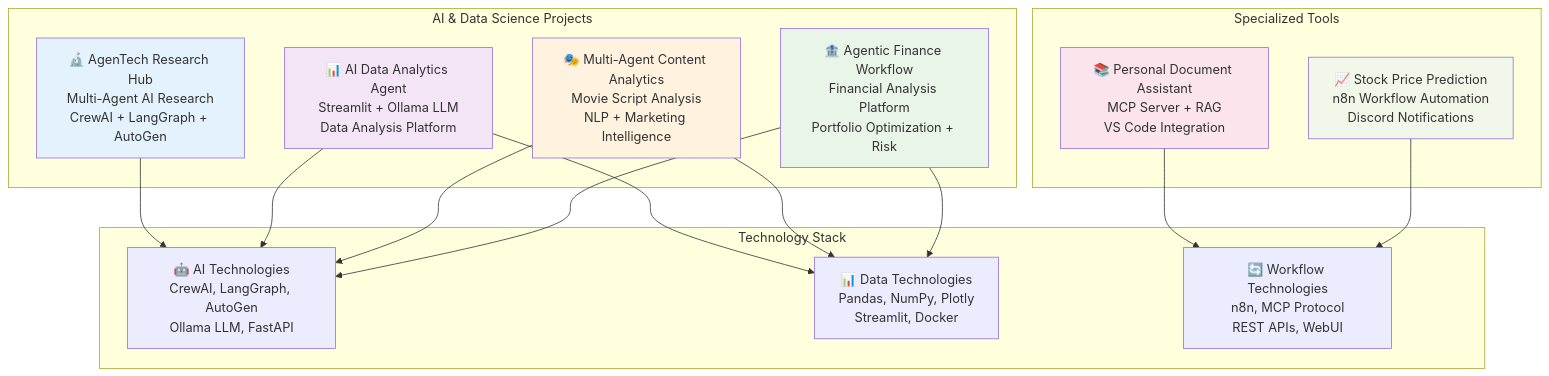
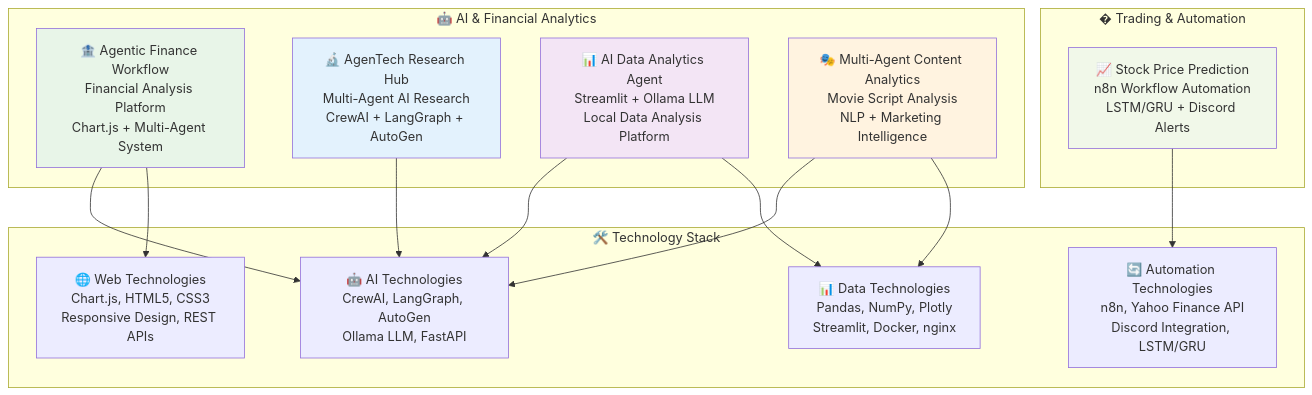
The diagram in README.md (somesh-ghaturle/Projects), drawn with Mermaid before and after one commit. The commit also changed other lines of this file and 9 other files, not shown here.

````diff
--- a/README.md
+++ b/README.md
@@ -23,41 +25,38 @@
 ```mermaid
 flowchart TB
-    subgraph "AI & Data Science Projects"
+    subgraph "🤖 AI & Financial Analytics"
+        FINANCE[🏦 Agentic Finance Workflow<br/>Financial Analysis Platform<br/>Chart.js + Multi-Agent System]
         RESEARCH[🔬 AgenTech Research Hub<br/>Multi-Agent AI Research<br/>CrewAI + LangGraph + AutoGen]
-        ANALYTICS[📊 AI Data Analytics Agent<br/>Streamlit + Ollama LLM<br/>Data Analysis Platform]
+        ANALYTICS[📊 AI Data Analytics Agent<br/>Streamlit + Ollama LLM<br/>Local Data Analysis Platform]
         CONTENT[🎭 Multi-Agent Content Analytics<br/>Movie Script Analysis<br/>NLP + Marketing Intelligence]
-        FINANCE[🏦 Agentic Finance Workflow<br/>Financial Analysis Platform<br/>Portfolio Optimization + Risk]
     end
     
-    subgraph "Specialized Tools"
-        MCP[📚 Personal Document Assistant<br/>MCP Server + RAG<br/>VS Code Integration]
-        TRADING[📈 Stock Price Prediction<br/>n8n Workflow Automation<br/>Discord Notifications]
+    subgraph "� Trading & Automation"
+        TRADING[📈 Stock Price Prediction<br/>n8n Workflow Automation<br/>LSTM/GRU + Discord Alerts]
     end
     
-    subgraph "Technology Stack"
+    subgraph "🛠️ Technology Stack"
         AI_TECH[🤖 AI Technologies<br/>CrewAI, LangGraph, AutoGen<br/>Ollama LLM, FastAPI]
-        DATA_TECH[📊 Data Technologies<br/>Pandas, NumPy, Plotly<br/>Streamlit, Docker]
-        WORKFLOW_TECH[🔄 Workflow Technologies<br/>n8n, MCP Protocol<br/>REST APIs, WebUI]
+        WEB_TECH[🌐 Web Technologies<br/>Chart.js, HTML5, CSS3<br/>Responsive Design, REST APIs]
+        DATA_TECH[📊 Data Technologies<br/>Pandas, NumPy, Plotly<br/>Streamlit, Docker, nginx]
+        WORKFLOW_TECH[🔄 Automation Technologies<br/>n8n, Yahoo Finance API<br/>Discord Integration, LSTM/GRU]
     end
     
     %% Project Connections
+    FINANCE --> AI_TECH
+    FINANCE --> WEB_TECH
     RESEARCH --> AI_TECH
     ANALYTICS --> AI_TECH
+    ANALYTICS --> DATA_TECH
     CONTENT --> AI_TECH
-    FINANCE --> AI_TECH
+    CONTENT --> DATA_TECH
     
-    ANALYTICS --> DATA_TECH
-    CONTENT --> DATA_TECH
-    FINANCE --> DATA_TECH
-    
-    MCP --> WORKFLOW_TECH
     TRADING --> WORKFLOW_TECH
     
     %% Styling
+    style FINANCE fill:#e8f5e8
     style RESEARCH fill:#e3f2fd
     style ANALYTICS fill:#f3e5f5
     style CONTENT fill:#fff3e0
-    style FINANCE fill:#e8f5e8
-    style MCP fill:#fce4ec
     style TRADING fill:#f1f8e9
 ```
````
